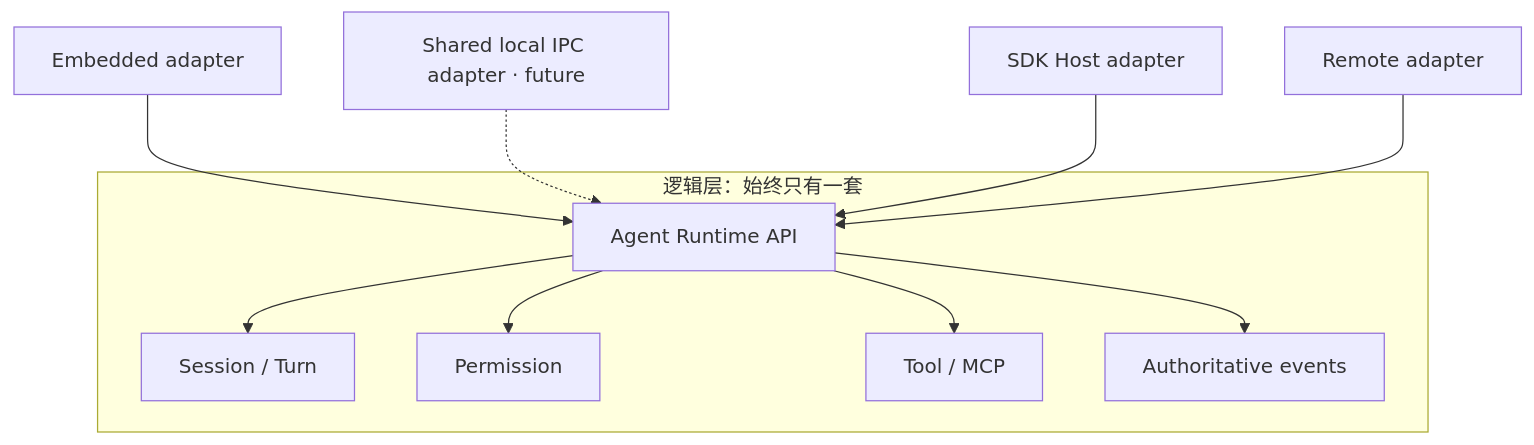
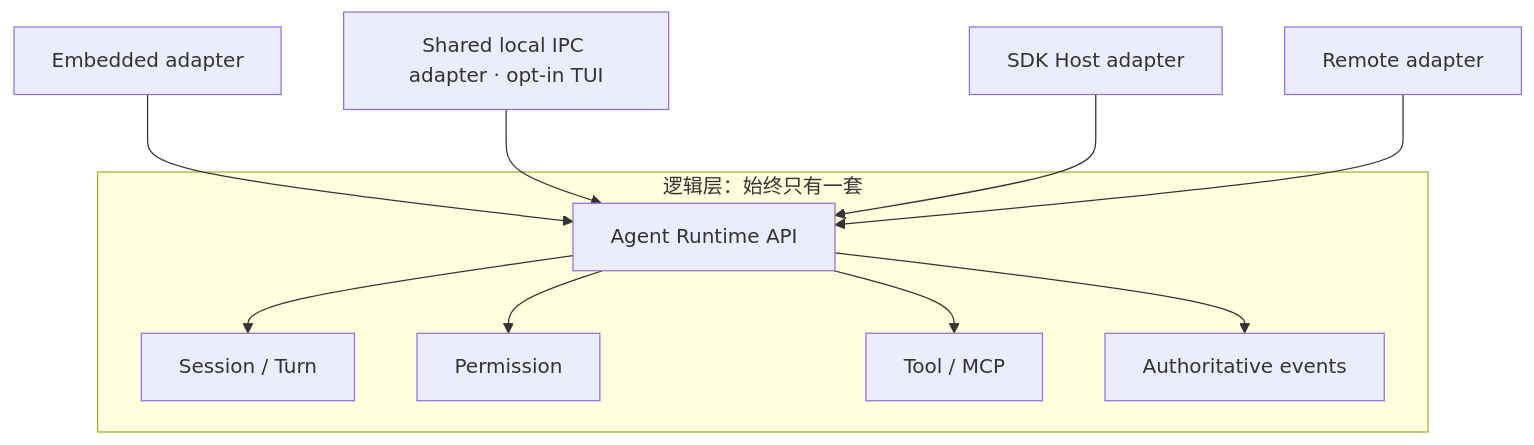
Before and after one commit to 1688mengdie/BitFun: the second of 6 diagrams in docs/architecture/agent-runtime-deployment-design.md, drawn with Mermaid. The commit also changed other lines of this file and 41 other files, not shown here.

Commit message:
feat(cli): add opt-in shared TUI runtime

````diff
--- a/docs/architecture/agent-runtime-deployment-design.md
+++ b/docs/architecture/agent-runtime-deployment-design.md
@@ -57,14 +57,14 @@
 ```mermaid
 flowchart TB
   subgraph "逻辑层：始终只有一套"
     API["Agent Runtime API"] --> Session["Session / Turn"]
     API --> Permission["Permission"]
     API --> Tool["Tool / MCP"]
     API --> Events["Authoritative events"]
   end
 
   Embedded["Embedded adapter"] --> API
-  Shared["Shared local IPC adapter · future"] -.-> API
+  Shared["Shared local IPC adapter · opt-in TUI"] --> API
   SDK["SDK Host adapter"] --> API
   Remote["Remote adapter"] --> API
 ```
````
